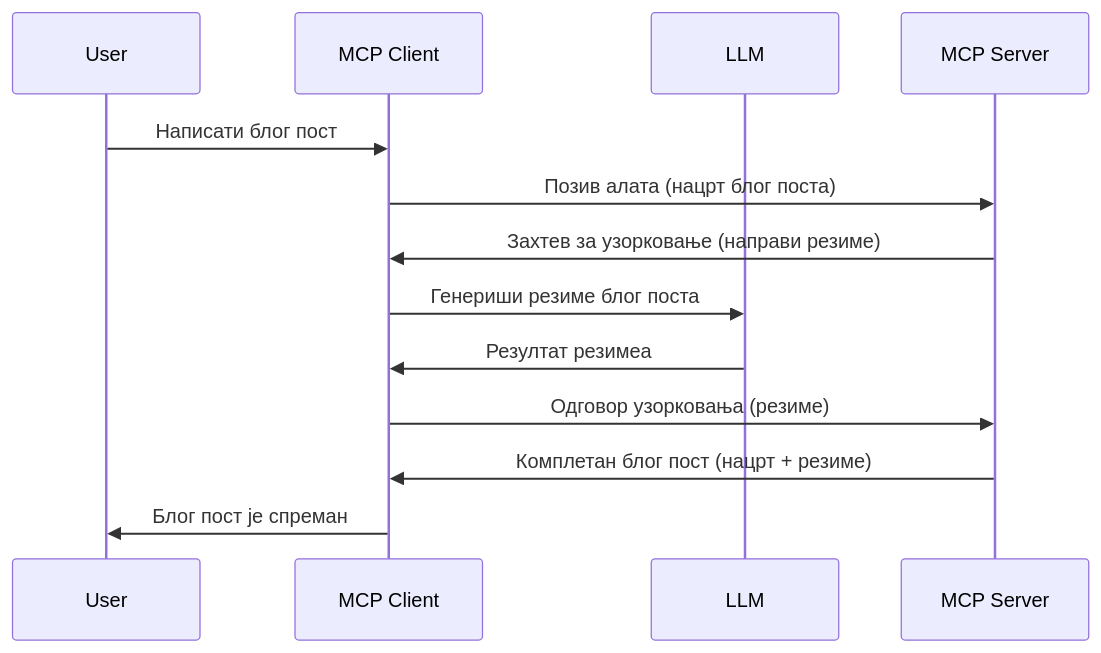
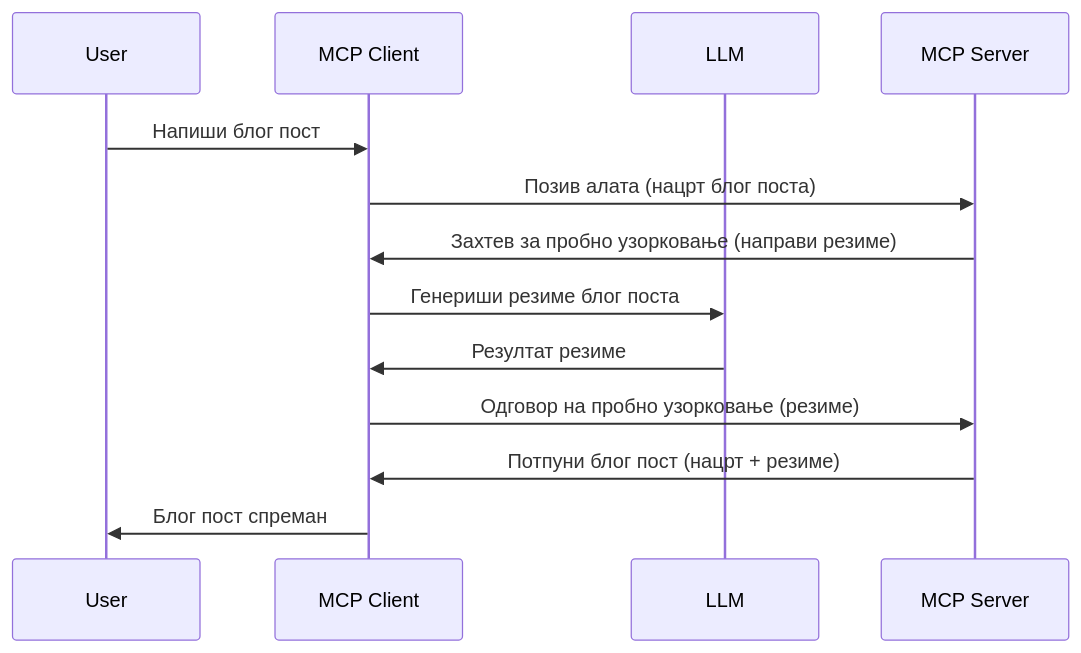
One commit to HIDORAKAI002/ai-workspace-archive changed the diagram in mcp_ecosystem__model_context_protocol/mcp_learning_resources/mcp-for-beginners/translations/sr/03-GettingStarted/14-sampling/README.md. Above: the diagram before and after it, drawn with Mermaid. The commit also changed other lines of this file and 1539 other files, not shown here.

````diff
--- a/mcp_ecosystem__model_context_protocol/mcp_learning_resources/mcp-for-beginners/translations/sr/03-GettingStarted/14-sampling/README.md
+++ b/mcp_ecosystem__model_context_protocol/mcp_learning_resources/mcp-for-beginners/translations/sr/03-GettingStarted/14-sampling/README.md
@@ -23,16 +23,16 @@
 ```mermaid
 sequenceDiagram
     participant User
     participant MCP Client
     participant LLM
     participant MCP Server
 
-    User->>MCP Client: Написати блог пост
+    User->>MCP Client: Напиши блог пост
     MCP Client->>MCP Server: Позив алата (нацрт блог поста)
-    MCP Server->>MCP Client: Захтев за узорковање (направи резиме)
+    MCP Server->>MCP Client: Захтев за пробно узорковање (направи резиме)
     MCP Client->>LLM: Генериши резиме блог поста
-    LLM->>MCP Client: Резултат резимеа
-    MCP Client->>MCP Server: Одговор узорковања (резиме)
-    MCP Server->>MCP Client: Комплетан блог пост (нацрт + резиме)
-    MCP Client->>User: Блог пост је спреман
+    LLM->>MCP Client: Резултат резимe
+    MCP Client->>MCP Server: Одговор на пробно узорковање (резиме)
+    MCP Server->>MCP Client: Потпуни блог пост (нацрт + резиме)
+    MCP Client->>User: Блог пост спреман
 ```
````
